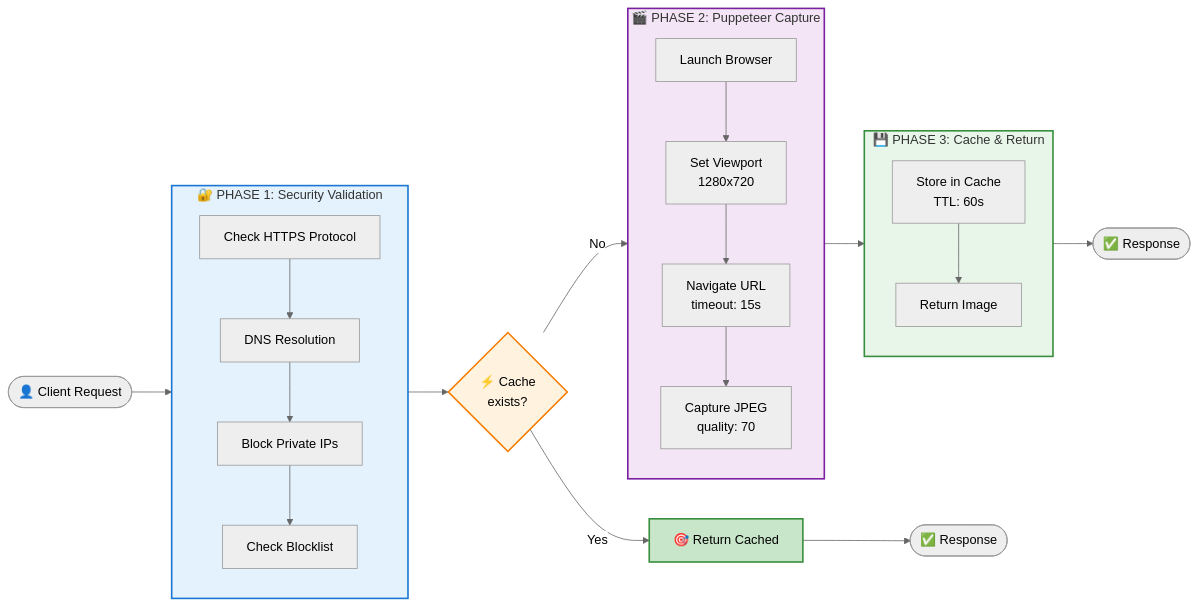
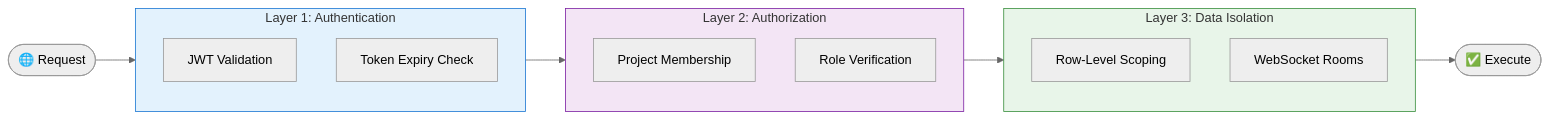
The fourth of 4 diagrams in presentation/pages/hieu.md (doananhhung/livechat), drawn with Mermaid (neutral theme) before and after one commit. The commit also changed other lines of this file and 35 other files, not shown here.

````diff
--- a/presentation/pages/hieu.md
+++ b/presentation/pages/hieu.md
@@ -934,46 +325,29 @@
 ```mermaid
 flowchart LR
-    Start([👤 Client Request]) --> Phase1
+    Req([🌐 Request]) --> L1
     
-    subgraph Phase1["🔐 PHASE 1: Security Validation"]
-        direction TB
-        V1[Check HTTPS Protocol]
-        V2[DNS Resolution]
-        V3[Block Private IPs]
-        V4[Check Blocklist]
-        V1 --> V2 --> V3 --> V4
+    subgraph L1["Layer 1: Authentication"]
+        A1[JWT Validation]
+        A2[Token Expiry Check]
     end
     
-    Phase1 --> Cache{⚡ Cache<br/>exists?}
+    L1 --> L2
     
-    Cache -->|Yes| Hit[🎯 Return Cached]
-    Hit --> End1([✅ Response])
-    
-    Cache -->|No| Phase2
-    
-    subgraph Phase2["🎬 PHASE 2: Puppeteer Capture"]
-        direction TB
-        P1[Launch Browser]
-        P2[Set Viewport<br/>1280x720]
-        P3[Navigate URL<br/>timeout: 15s]
-        P4[Capture JPEG<br/>quality: 70]
-        P1 --> P2 --> P3 --> P4
+    subgraph L2["Layer 2: Authorization"]
+        B1[Project Membership]
+        B2[Role Verification]
     end
     
-    Phase2 --> Phase3
+    L2 --> L3
     
-    subgraph Phase3["💾 PHASE 3: Cache & Return"]
-        direction TB
-        S1[Store in Cache<br/>TTL: 60s]
-        S2[Return Image]
-        S1 --> S2
+    subgraph L3["Layer 3: Data Isolation"]
+        C1[Row-Level Scoping]
+        C2[WebSocket Rooms]
     end
     
-    Phase3 --> End2([✅ Response])
+    L3 --> End([✅ Execute])
     
-    style Phase1 fill:#e3f2fd,stroke:#1976d2,stroke-width:2px
-    style Phase2 fill:#f3e5f5,stroke:#7b1fa2,stroke-width:2px
-    style Phase3 fill:#e8f5e9,stroke:#388e3c,stroke-width:2px
-    style Cache fill:#fff3e0,stroke:#f57c00,stroke-width:2px
-    style Hit fill:#c8e6c9,stroke:#388e3c,stroke-width:2px
+    style L1 fill:#e3f2fd,stroke:#1976d2
+    style L2 fill:#f3e5f5,stroke:#7b1fa2
+    style L3 fill:#e8f5e9,stroke:#388e3c
 ```
````
